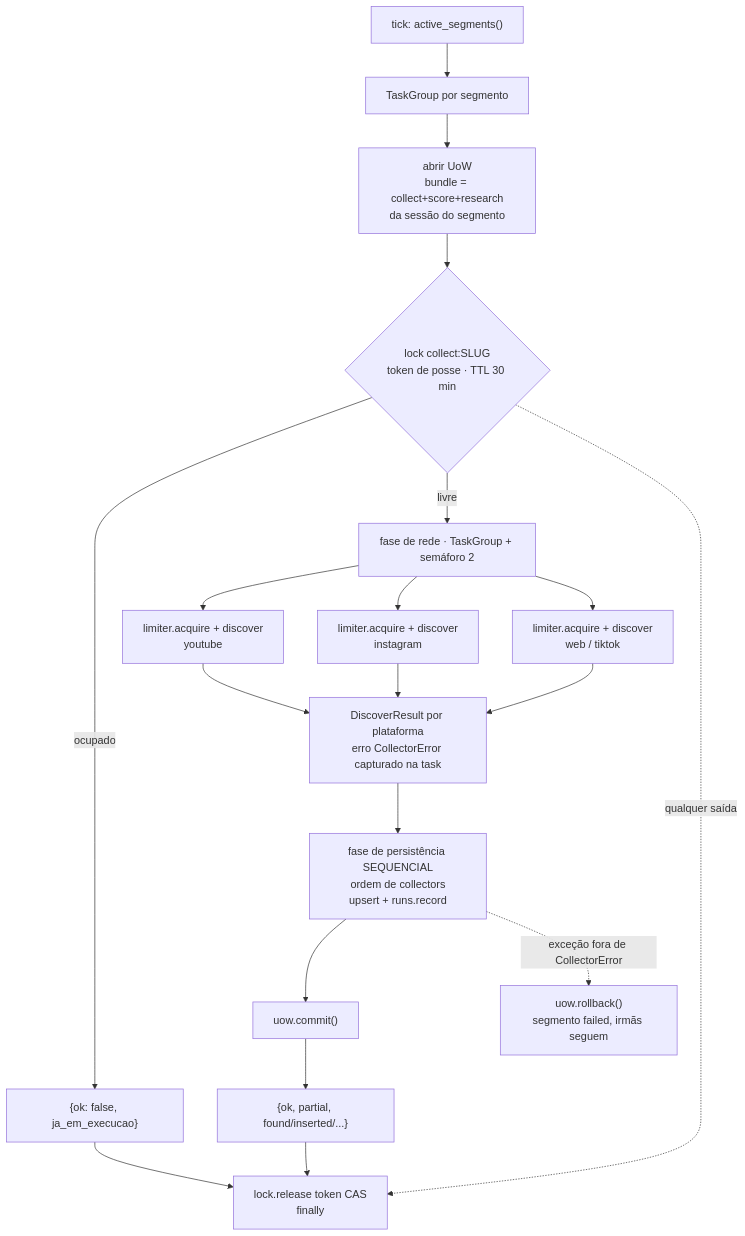
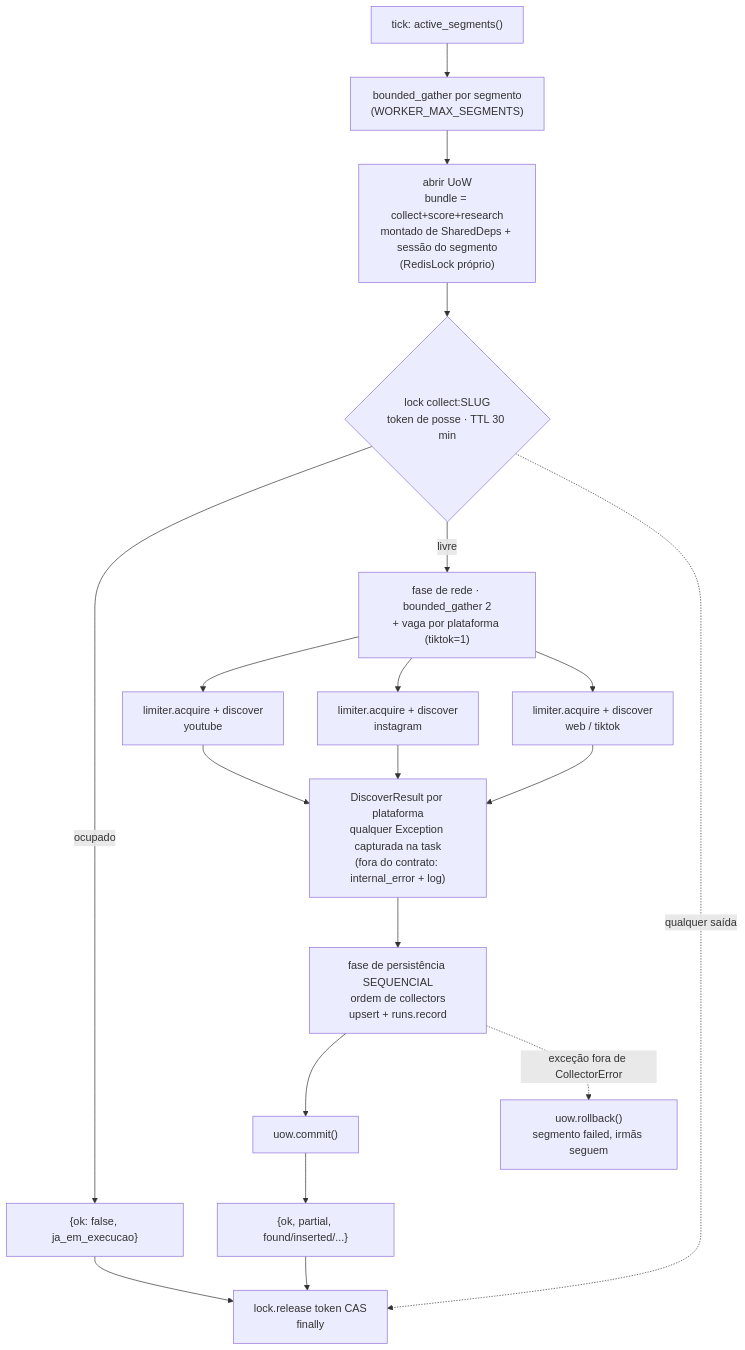
The third of 7 diagrams in docs/diagram/fluxos.md (leonardodg/content-factory), drawn with Mermaid before and after one commit. The commit also changed other lines of this file and 5 other files, not shown here.

First line of the commit message:
refactor(worker): SharedDeps sem sessão de startup nem templates; engine via create_engine_and_factory (Etapa 2 Tasks 14+15)

````diff
--- a/docs/diagram/fluxos.md
+++ b/docs/diagram/fluxos.md
@@ -65,21 +65,21 @@
 ```mermaid
 flowchart TD
-    A["tick: active_segments()"] --> B["TaskGroup por segmento"]
-    B --> U["abrir UoW<br/>bundle = collect+score+research<br/>da sessão do segmento"]
+    A["tick: active_segments()"] --> B["bounded_gather por segmento<br/>(WORKER_MAX_SEGMENTS)"]
+    B --> U["abrir UoW<br/>bundle = collect+score+research<br/>montado de SharedDeps + sessão do segmento<br/>(RedisLock próprio)"]
     U --> L{"lock collect:SLUG<br/>token de posse · TTL 30 min"}
     L -- ocupado --> J1["{ok: false, ja_em_execucao}"]
-    L -- livre --> N["fase de rede · TaskGroup + semáforo 2"]
+    L -- livre --> N["fase de rede · bounded_gather 2<br/>+ vaga por plataforma (tiktok=1)"]
     N --> D1["limiter.acquire + discover<br/>youtube"]
     N --> D2["limiter.acquire + discover<br/>instagram"]
     N --> D3["limiter.acquire + discover<br/>web / tiktok"]
-    D1 --> RES["DiscoverResult por plataforma<br/>erro CollectorError capturado na task"]
+    D1 --> RES["DiscoverResult por plataforma<br/>qualquer Exception capturada na task<br/>(fora do contrato: internal_error + log)"]
     D2 --> RES
     D3 --> RES
     RES --> P["fase de persistência SEQUENCIAL<br/>ordem de collectors<br/>upsert + runs.record"]
     P --> K["uow.commit()"]
     K --> O["{ok, partial, found/inserted/...}"]
     L -.->|qualquer saída| RL["lock.release token CAS<br/>finally"]
     J1 --> RL
     O --> RL
     P -.->|exceção fora de CollectorError| RB["uow.rollback()<br/>segmento failed, irmãs seguem"]
 ```
````
